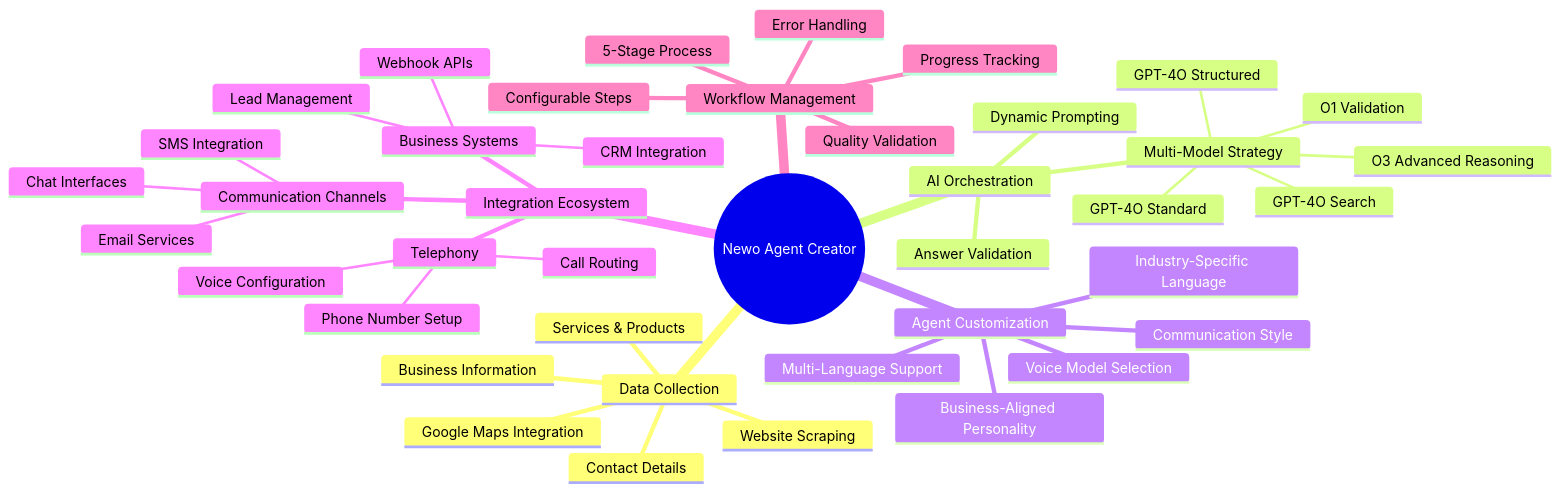
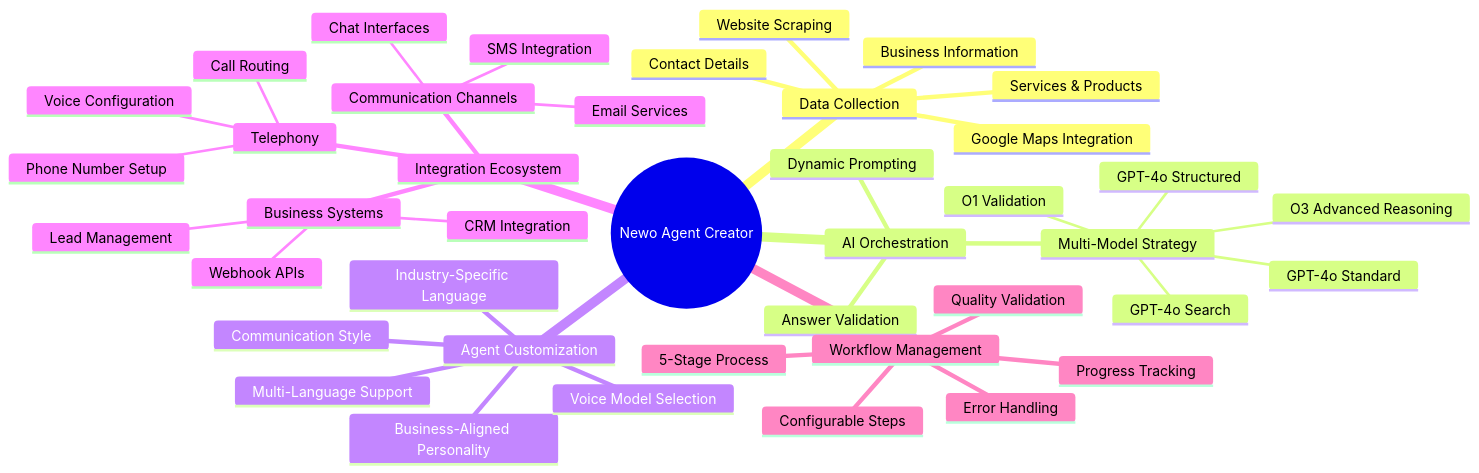
Before and after one commit to sabbah13/newo-docs: the second of 9 diagrams in website/docs/agent-creator-diagrams.md, drawn with Mermaid. The commit also changed other lines of this file and 4 other files, not shown here.

````diff
--- a/website/docs/agent-creator-diagrams.md
+++ b/website/docs/agent-creator-diagrams.md
@@ -73,48 +73,48 @@
 ```mermaid
 mindmap
   root((Newo Agent Creator))
     Data Collection
       Website Scraping
       Google Maps Integration
       Business Information
       Contact Details
       Services & Products
       
     AI Orchestration
       Multi-Model Strategy
-        GPT-4O Standard
-        GPT-4O Search
-        GPT-4O Structured
+        GPT-4o Standard
+        GPT-4o Search
+        GPT-4o Structured
         O1 Validation
         O3 Advanced Reasoning
       Dynamic Prompting
       Answer Validation
       
     Agent Customization
       Business-Aligned Personality
       Industry-Specific Language
       Communication Style
       Voice Model Selection
       Multi-Language Support
       
     Integration Ecosystem
       Communication Channels
         SMS Integration
         Email Services
         Chat Interfaces
       Business Systems
         CRM Integration
         Lead Management
         Webhook APIs
       Telephony
         Phone Number Setup
         Voice Configuration
         Call Routing
         
     Workflow Management
       5-Stage Process
       Configurable Steps
       Progress Tracking
       Quality Validation
       Error Handling
 ```
````
